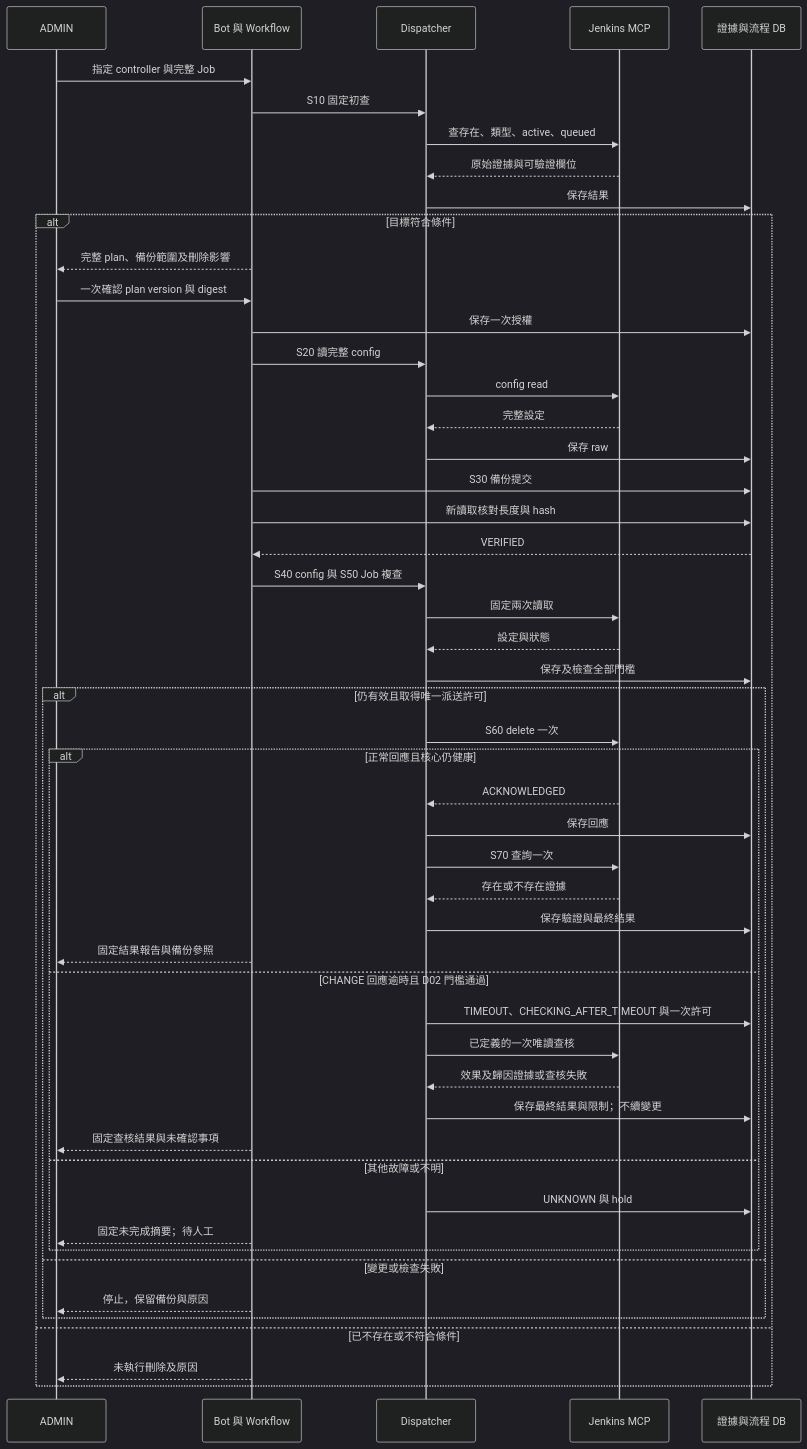
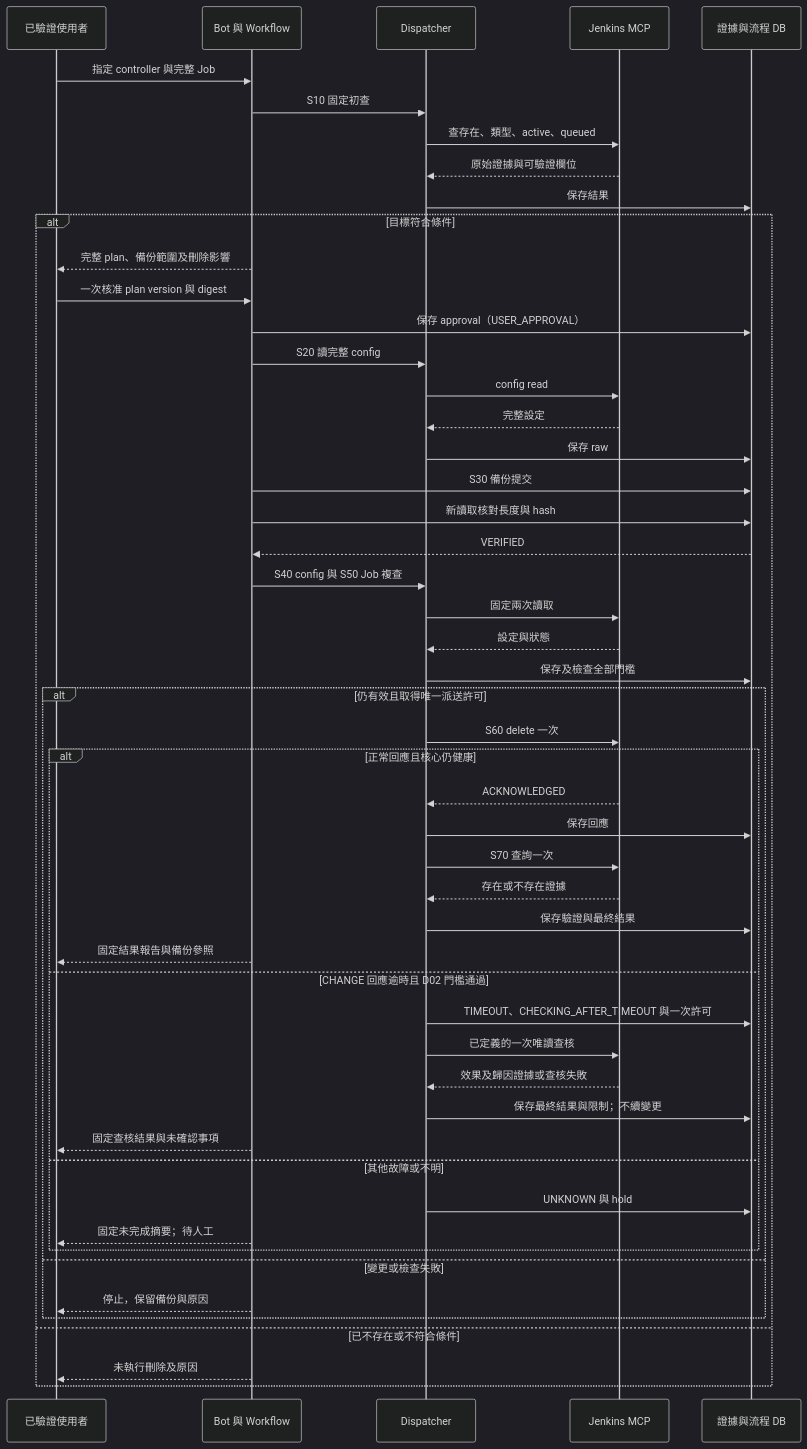
Before and after one commit to lancehuang58/ai-devops-platform: the first of 5 diagrams in doc/specifications/DevOps_智慧維運應用系統設計規格書_草案.md, drawn with Mermaid (dark theme). The commit also changed other lines of this file, not shown here.

````diff
--- a/doc/specifications/DevOps_智慧維運應用系統設計規格書_草案.md
+++ b/doc/specifications/DevOps_智慧維運應用系統設計規格書_草案.md
@@ -148,53 +137,53 @@
 ```mermaid
 sequenceDiagram
-    participant U as ADMIN
+    participant U as 已驗證使用者
     participant W as Bot 與 Workflow
     participant D as Dispatcher
     participant J as Jenkins MCP
     participant B as 證據與流程 DB
     U->>W: 指定 controller 與完整 Job
     W->>D: S10 固定初查
     D->>J: 查存在、類型、active、queued
     J-->>D: 原始證據與可驗證欄位
     D->>B: 保存結果
     alt 目標符合條件
         W-->>U: 完整 plan、備份範圍及刪除影響
-        U->>W: 一次確認 plan version 與 digest
-        W->>B: 保存一次授權
+        U->>W: 一次核准 plan version 與 digest
+        W->>B: 保存 approval（USER_APPROVAL）
         W->>D: S20 讀完整 config
         D->>J: config read
         J-->>D: 完整設定
         D->>B: 保存 raw
         W->>B: S30 備份提交
         W->>B: 新讀取核對長度與 hash
         B-->>W: VERIFIED
         W->>D: S40 config 與 S50 Job 複查
         D->>J: 固定兩次讀取
         J-->>D: 設定與狀態
         D->>B: 保存及檢查全部門檻
         alt 仍有效且取得唯一派送許可
             D->>J: S60 delete 一次
             alt 正常回應且核心仍健康
                 J-->>D: ACKNOWLEDGED
                 D->>B: 保存回應
                 D->>J: S70 查詢一次
                 J-->>D: 存在或不存在證據
                 D->>B: 保存驗證與最終結果
                 W-->>U: 固定結果報告與備份參照
             else CHANGE 回應逾時且 D02 門檻通過
                 D->>B: TIMEOUT、CHECKING_AFTER_TIMEOUT 與一次許可
                 D->>J: 已定義的一次唯讀查核
                 J-->>D: 效果及歸因證據或查核失敗
                 D->>B: 保存最終結果與限制；不續變更
                 W-->>U: 固定查核結果與未確認事項
             else 其他故障或不明
                 D->>B: UNKNOWN 與 hold
                 W-->>U: 固定未完成摘要；待人工
             end
         else 變更或檢查失敗
             W-->>U: 停止，保留備份與原因
         end
     else 已不存在或不符合條件
         W-->>U: 未執行刪除及原因
     end
 ```
````
